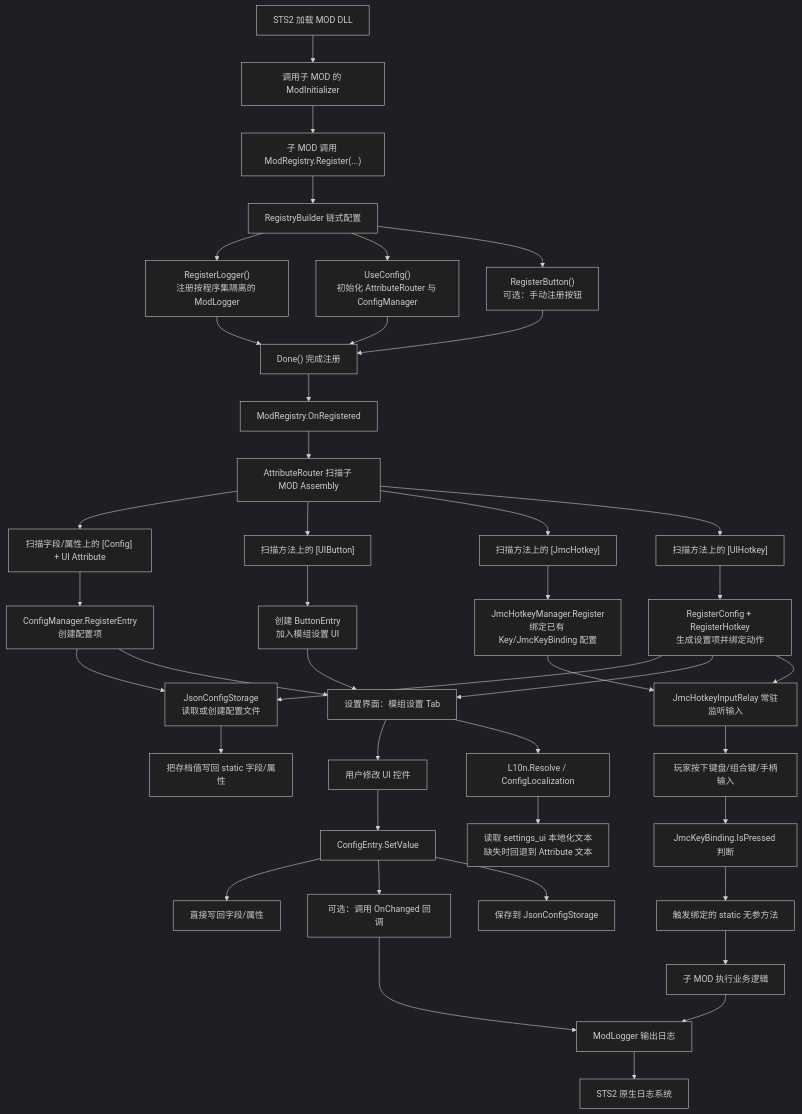
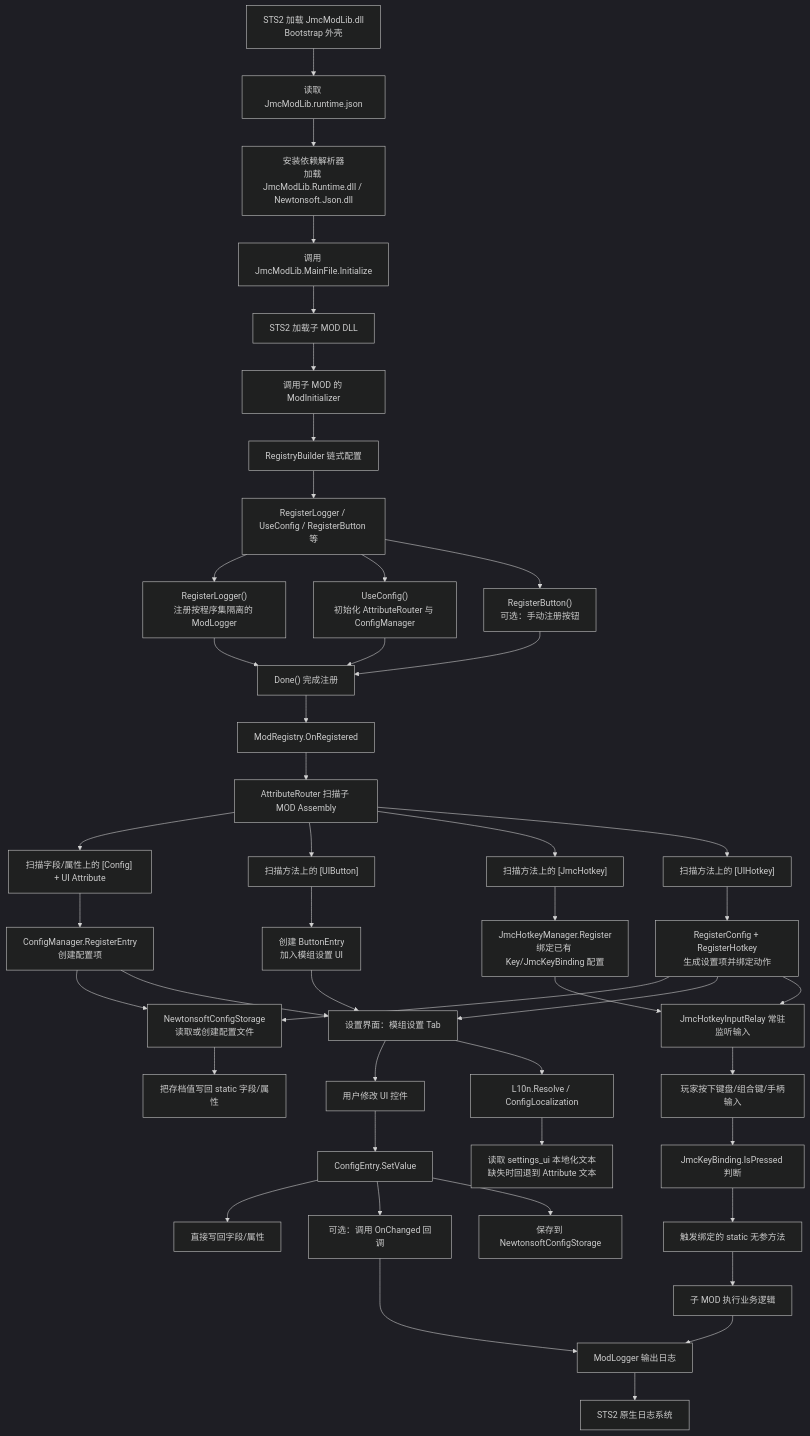
The first of 2 diagrams in docs/JmcModLib_STS2_API.md (JMC2002/SlayTheSpire2_JmcModLib), drawn with Mermaid (dark theme) before and after one commit. The commit also changed other lines of this file and 22 other files, not shown here.

````diff
--- a/docs/JmcModLib_STS2_API.md
+++ b/docs/JmcModLib_STS2_API.md
@@ -30,55 +30,59 @@
 ```mermaid
 flowchart TD
-    A["STS2 加载 MOD DLL"] --> B["调用子 MOD 的 ModInitializer"]
-    B --> C["子 MOD 调用 ModRegistry.Register(...)"]
-    C --> D["RegistryBuilder 链式配置"]
+    A0["STS2 加载 JmcModLib.dll<br/>Bootstrap 外壳"] --> A1["读取 JmcModLib.runtime.json"]
+    A1 --> A2["安装依赖解析器<br/>加载 JmcModLib.Runtime.dll / Newtonsoft.Json.dll"]
+    A2 --> A3["调用 JmcModLib.MainFile.Initialize"]
+    A3 --> A4["STS2 加载子 MOD DLL"]
+    A4 --> B["调用子 MOD 的 ModInitializer"]
+    B --> C["RegistryBuilder 链式配置"]
+    C --> D["RegisterLogger / UseConfig / RegisterButton 等"]
 
     D --> D1["RegisterLogger()<br/>注册按程序集隔离的 ModLogger"]
     D --> D2["UseConfig()<br/>初始化 AttributeRouter 与 ConfigManager"]
     D --> D3["RegisterButton()<br/>可选：手动注册按钮"]
 
     D1 --> E["Done() 完成注册"]
     D2 --> E
     D3 --> E
 
     E --> F["ModRegistry.OnRegistered"]
     F --> G["AttributeRouter 扫描子 MOD Assembly"]
 
     G --> H1["扫描字段/属性上的 [Config] + UI Attribute"]
     G --> H2["扫描方法上的 [UIButton]"]
     G --> H3["扫描方法上的 [JmcHotkey]"]
     G --> H4["扫描方法上的 [UIHotkey]"]
 
     H1 --> I1["ConfigManager.RegisterEntry<br/>创建配置项"]
     H2 --> I2["创建 ButtonEntry<br/>加入模组设置 UI"]
     H3 --> I3["JmcHotkeyManager.Register<br/>绑定已有 Key/JmcKeyBinding 配置"]
     H4 --> I4["RegisterConfig + RegisterHotkey<br/>生成设置项并绑定动作"]
 
-    I1 --> J["JsonConfigStorage<br/>读取或创建配置文件"]
+    I1 --> J["NewtonsoftConfigStorage<br/>读取或创建配置文件"]
     I4 --> J
     J --> K["把存档值写回 static 字段/属性"]
 
     I1 --> L["设置界面：模组设置 Tab"]
     I2 --> L
     I4 --> L
 
     L --> M["用户修改 UI 控件"]
     M --> N["ConfigEntry.SetValue"]
     N --> O["直接写回字段/属性"]
     N --> P["可选：调用 OnChanged 回调"]
-    N --> Q["保存到 JsonConfigStorage"]
+    N --> Q["保存到 NewtonsoftConfigStorage"]
 
     I3 --> R["JmcHotkeyInputRelay 常驻监听输入"]
     I4 --> R
     R --> S["玩家按下键盘/组合键/手柄输入"]
     S --> T["JmcKeyBinding.IsPressed 判断"]
     T --> U["触发绑定的 static 无参方法"]
     U --> V["子 MOD 执行业务逻辑"]
 
     V --> W["ModLogger 输出日志"]
     P --> W
     W --> X["STS2 原生日志系统"]
 
     L --> Y["L10n.Resolve / ConfigLocalization"]
     Y --> Z["读取 settings_ui 本地化文本<br/>缺失时回退到 Attribute 文本"]
 ```
````
